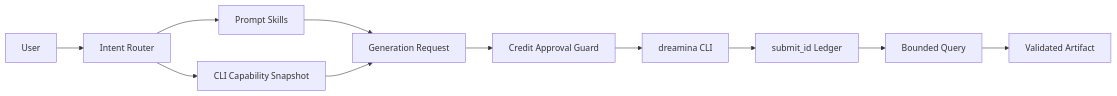
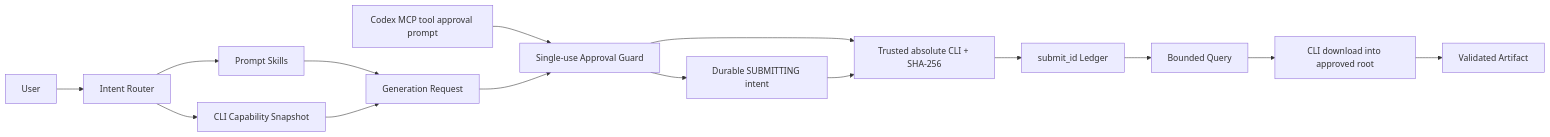
The diagram in docs/Codex-Dreamina-Design-Plugin-Architecture.md (full-aigc-plugins/dreamina-design-plugin), drawn with Mermaid before and after one commit. The commit also changed other lines of this file and 225 other files, not shown here.

````diff
--- a/docs/Codex-Dreamina-Design-Plugin-Architecture.md
+++ b/docs/Codex-Dreamina-Design-Plugin-Architecture.md
@@ -7,13 +7,17 @@
 ```mermaid
 flowchart LR
     User --> Router[Intent Router]
     Router --> Prompt[Prompt Skills]
     Router --> Capability[CLI Capability Snapshot]
     Prompt --> Request[Generation Request]
     Capability --> Request
-    Request --> Approval[Credit Approval Guard]
+    UI[Codex MCP tool approval prompt] --> Approval[Single-use Approval Guard]
+    Request --> Approval
     Approval --> CLI[dreamina CLI]
+    Approval --> Intent[Durable SUBMITTING intent]
+    Intent --> CLI[Trusted absolute CLI + SHA-256]
     CLI --> Ledger[submit_id Ledger]
     Ledger --> Query[Bounded Query]
-    Query --> Artifact[Validated Artifact]
+    Query --> Download[CLI download into approved root]
+    Download --> Artifact[Validated Artifact]
 ```
````
